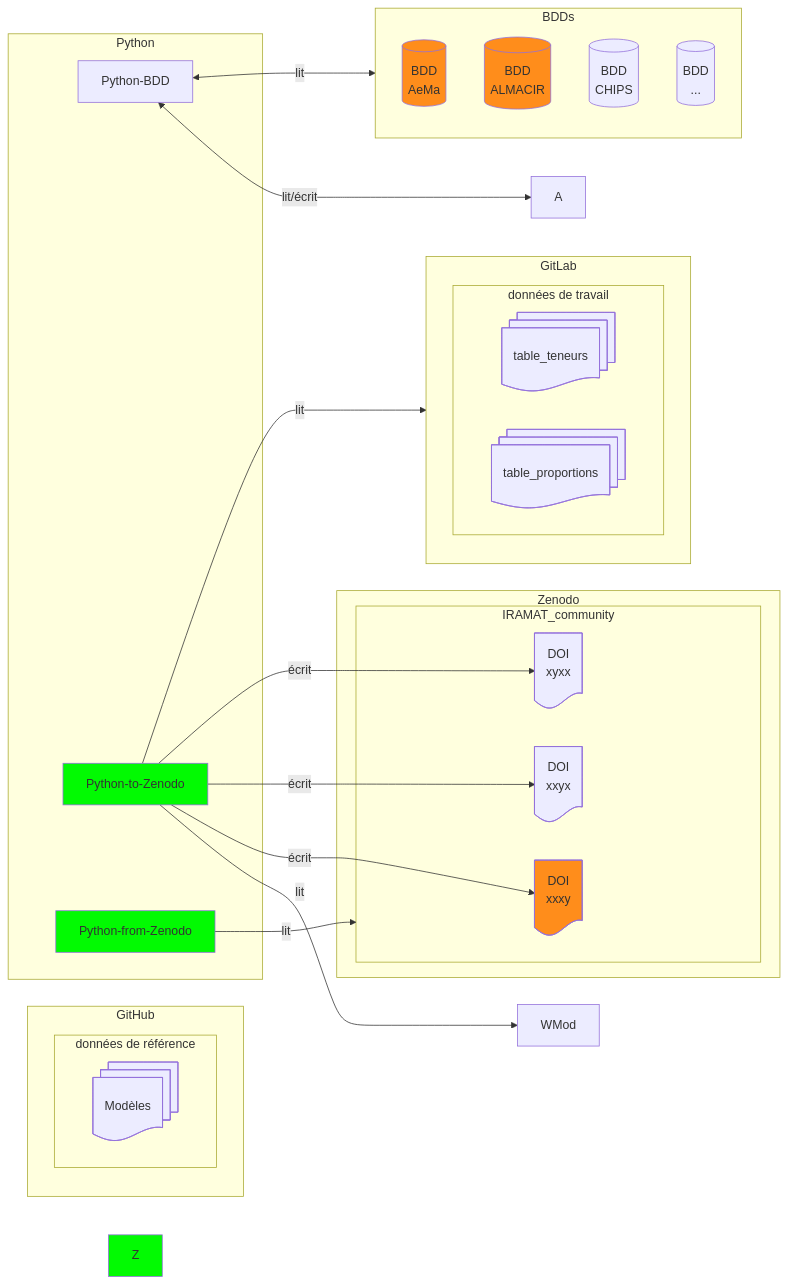
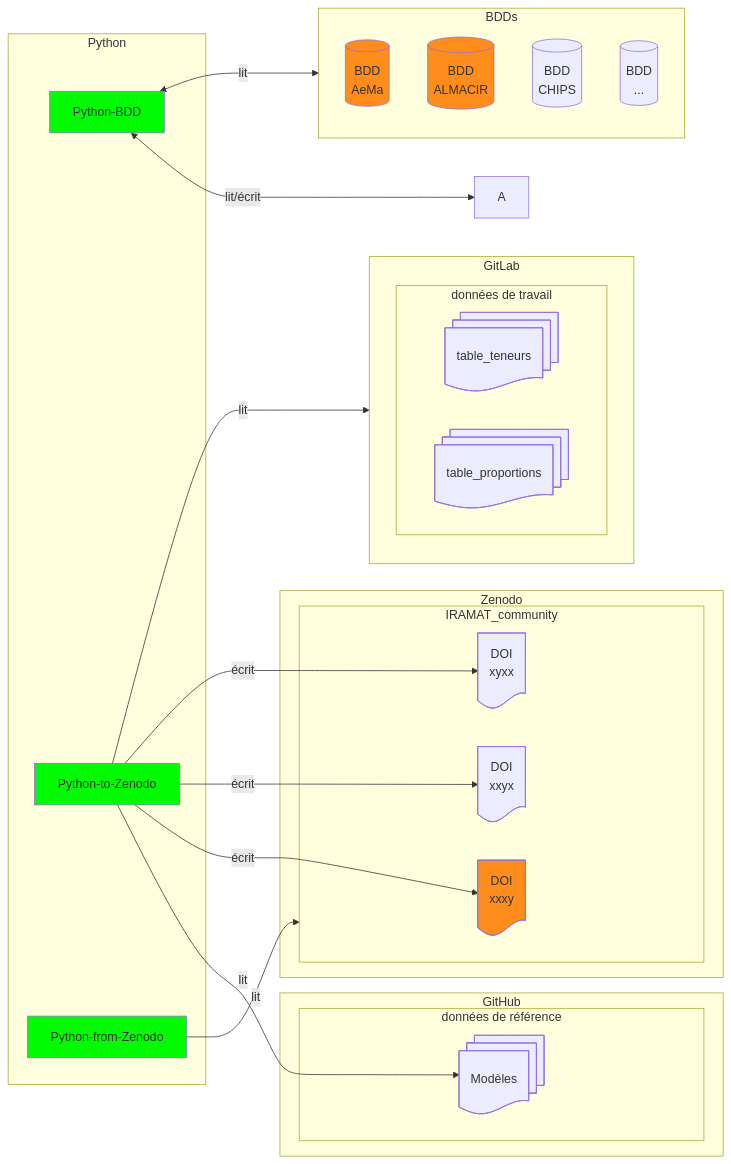
Before and after one commit to iramat/iramat-dev: the first of 2 diagrams in dbs/README.md, drawn with Mermaid.

````diff
--- a/dbs/README.md
+++ b/dbs/README.md
@@ -5,46 +5,46 @@
 ```mermaid
 flowchart LR
     subgraph GitLab
         subgraph données de travail
             T1@{ shape: docs, label: "table_teneurs" }
             T2@{ shape: docs, label: "table_proportions" }
         end
     end
     subgraph GitHub
         subgraph données de référence
             Mod@{ shape: docs, label: "Modèles" }
         end
     end
     subgraph Python
         PDB@{ procs: docs, label: "Python-BDD" }
         P2Z@{ procs: docs, label: "Python-to-Zenodo" }
         PfZ@{ procs: docs, label: "Python-from-Zenodo" }
     end
     subgraph BDDs
         B[(BDD<br>AeMa)]
         H[(BDD<br>ALMACIR)]
         C[(BDD<br>CHIPS)]
         D[(BDD<br>...)]
     end
     PDB <-- lit/écrit --> A;
-    P2Z -- lit --> WMod;
+    P2Z -- lit --> Mod;
     P2Z -- lit --> GitLab;
     subgraph Zenodo
         subgraph IRAMAT_community
             P2Z -- écrit --> E@{ shape: doc, label: "DOI<br>xxxy" }
             P2Z -- écrit --> F@{ shape: doc, label: "DOI<br>xxyx" }
             P2Z -- écrit --> G@{ shape: doc, label: "DOI<br>xyxx" }
         end
     end
     PDB <-- lit --> BDDs;
     PfZ -- lit --> IRAMAT_community
 
 
 click T1 "https://github.com/zoometh/iramat-test/blob/main/dbs/analysis_results.tsv" _blank
-style Z fill:#02fa02
+style PDB fill:#02fa02
 style P2Z fill:#02fa02
 style PfZ fill:#02fa02
 style B fill:#FF8D1B
 style H fill:#FF8D1B
 style E fill:#FF8D1B
 ```
````
